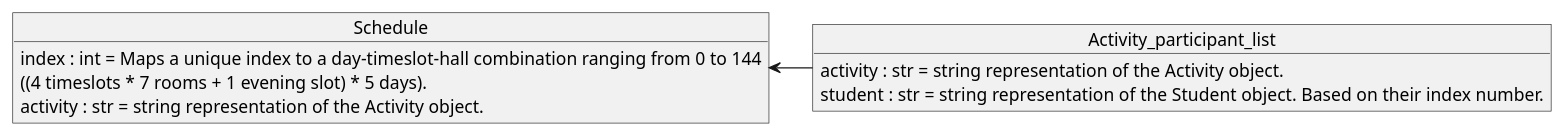
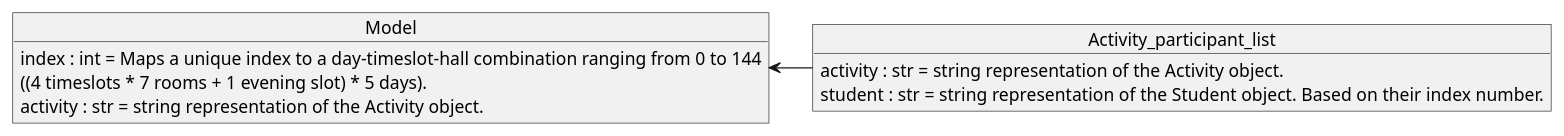
One commit to 11907223/Lesroosters changed the third of 3 diagrams in UML.md. Above: the diagram before and after it, drawn with PlantUML. The commit also changed other lines of this file and 13 other files, not shown here.

```diff
--- a/UML.md
+++ b/UML.md
@@ -87,16 +58,16 @@
 @startuml ModelDiagram
 
-object Schedule{
+object Model{
     {field} index : int = Maps a unique index to a day-timeslot-hall combination ranging from 0 to 144 
         ((4 timeslots * 7 rooms + 1 evening slot) * 5 days).
     activity : str = string representation of the Activity object.
 }
 
 object Activity_participant_list{
     activity : str = string representation of the Activity object.
     student : str = string representation of the Student object. Based on their index number.
 }
 
-Schedule <- Activity_participant_list
+Model <- Activity_participant_list
 
 @enduml
```
